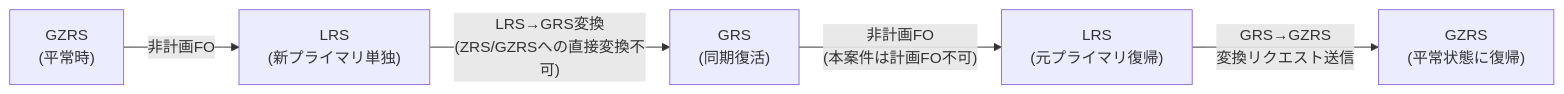
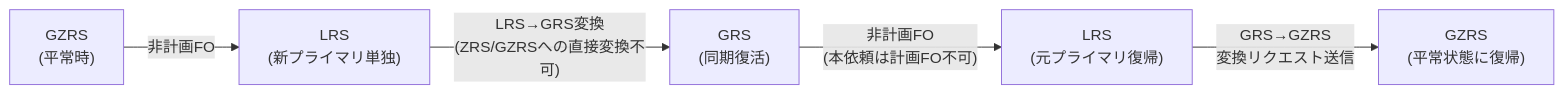
The first of 2 diagrams in article_revised.md (SyamGRITio/myConsultLP), drawn with Mermaid before and after one commit. The commit also changed other lines of this file, not shown here.

Commit message:
Replace 案件 with 依頼 in revised article
Unify wording to match the rest of the draft which already uses 依頼.

````diff
--- a/article_revised.md
+++ b/article_revised.md
@@ -555,7 +555,7 @@
 ```mermaid
 flowchart LR
     A["GZRS<br>(平常時)"] -->|非計画FO| B["LRS<br>(新プライマリ単独)"]
     B -->|"LRS→GRS変換<br>(ZRS/GZRSへの直接変換不可)"| C["GRS<br>(同期復活)"]
-    C -->|"非計画FO<br>(本案件は計画FO不可)"| D["LRS<br>(元プライマリ復帰)"]
+    C -->|"非計画FO<br>(本依頼は計画FO不可)"| D["LRS<br>(元プライマリ復帰)"]
     D -->|"GRS→GZRS<br>変換リクエスト送信"| E["GZRS<br>(平常状態に復帰)"]
 ```
````
